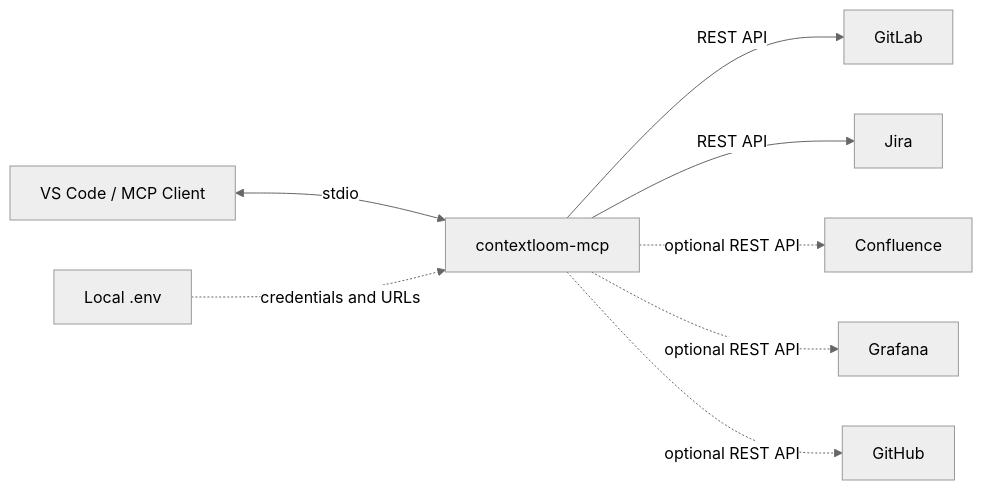
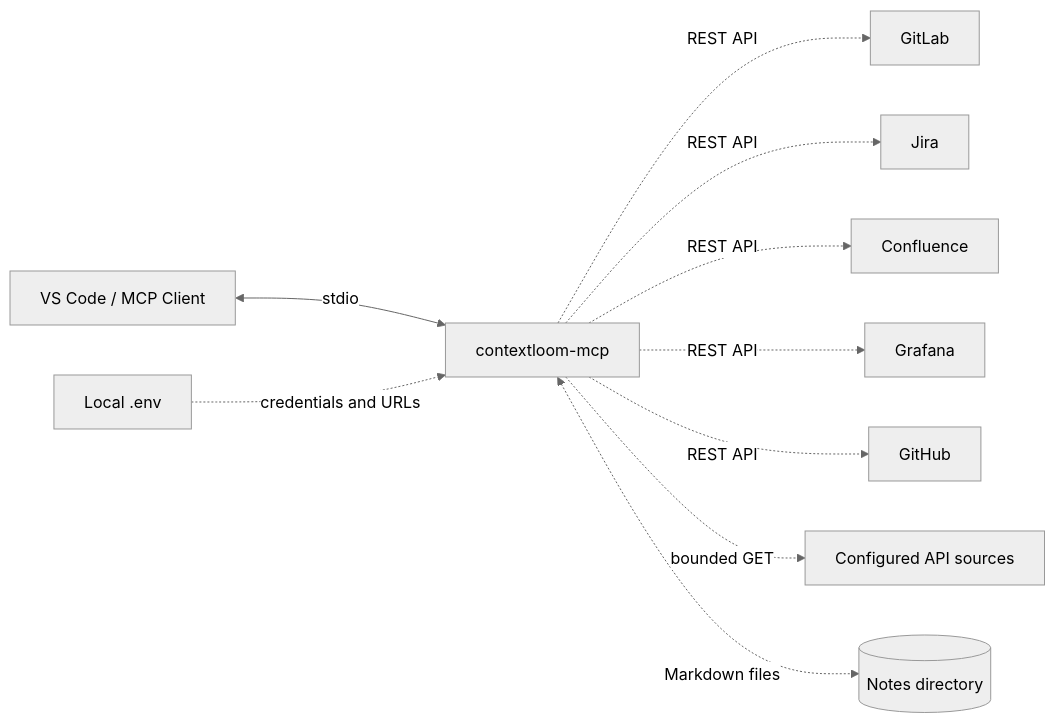
One commit to jagarkarlo/contextloom-mcp changed the diagram in README.md. Above: the diagram before and after it, drawn with Mermaid (neutral theme). The commit also changed other lines of this file, not shown here.

Commit message:
docs(readme): describe optional integrations, API sources, notes and the safety model

````diff
--- a/README.md
+++ b/README.md
@@ -20,10 +20,12 @@
 ```mermaid
 flowchart LR
   Client[VS Code / MCP Client] <-->|stdio| Server[contextloom-mcp]
-  Server -->|REST API| GitLab[GitLab]
-  Server -->|REST API| Jira[Jira]
-  Server -. optional REST API .-> Confluence[Confluence]
-  Server -. optional REST API .-> Grafana[Grafana]
-  Server -. optional REST API .-> GitHub[GitHub]
+  Server -. REST API .-> GitLab[GitLab]
+  Server -. REST API .-> Jira[Jira]
+  Server -. REST API .-> Confluence[Confluence]
+  Server -. REST API .-> Grafana[Grafana]
+  Server -. REST API .-> GitHub[GitHub]
+  Server -. bounded GET .-> APIs[Configured API sources]
+  Server <-. Markdown files .-> Notes[(Notes directory)]
   Config[Local .env] -. credentials and URLs .-> Server
 ```
````
